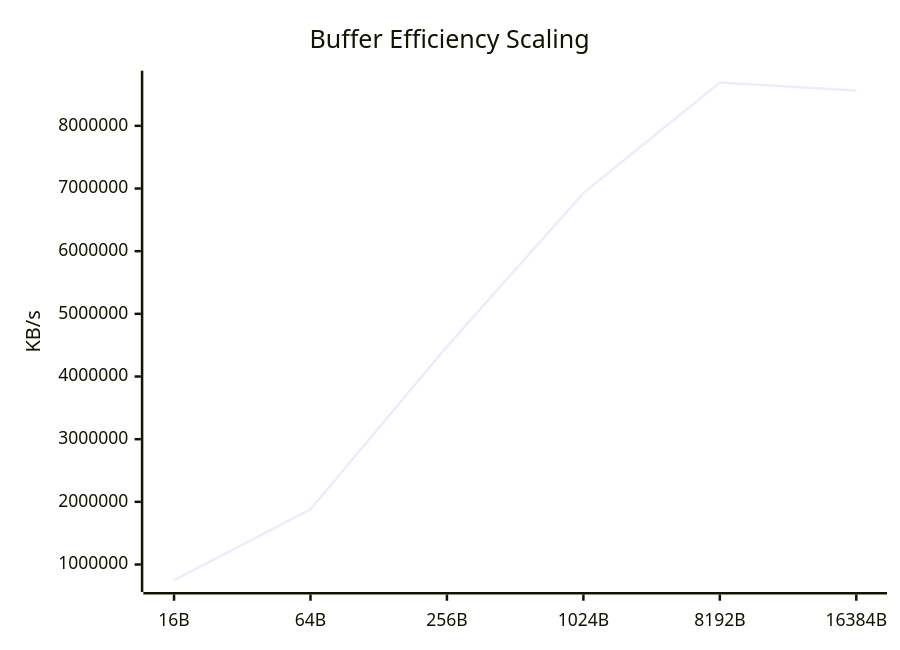
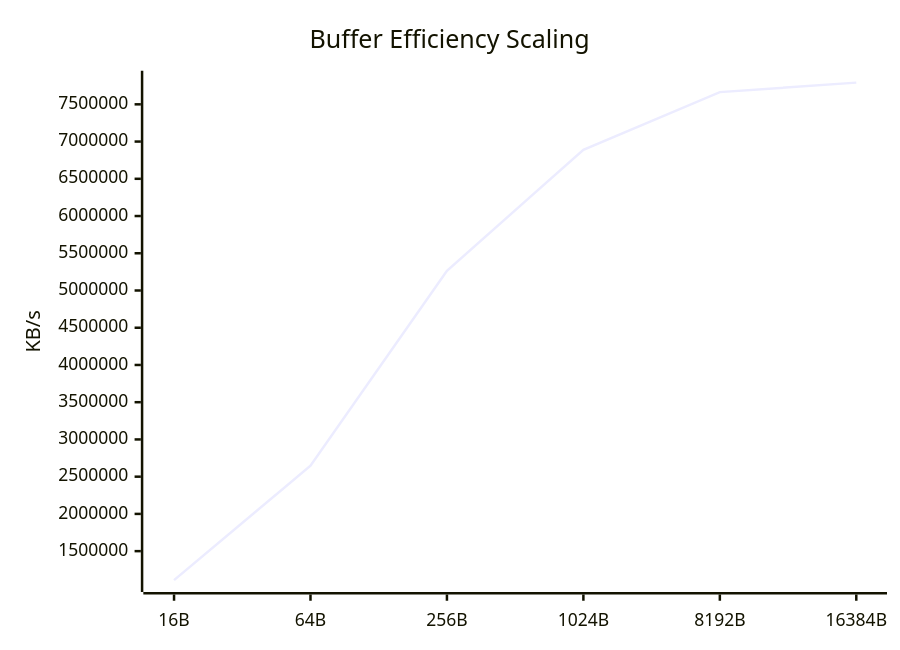
Before and after one commit to taha2samy/openssl_fips: the eighth of 9 diagrams in docs/Comparison_Report.md, drawn with Mermaid. The commit also changed other lines of this file and 2 other files, not shown here.

````diff
--- a/docs/Comparison_Report.md
+++ b/docs/Comparison_Report.md
@@ -159,7 +118,7 @@
 ```mermaid
 xychart-beta
     title "Buffer Efficiency Scaling"
     x-axis [16B, 64B, 256B, 1024B, 8192B, 16384B]
     y-axis "KB/s"
-    line [750747.0, 1879782.26, 4477622.43, 6927311.22, 8689731.09, 8563483.87]
+    line [1110758.28, 2646840.74, 5264168.83, 6890348.54, 7663857.66, 7791427.58]
 ```
````
